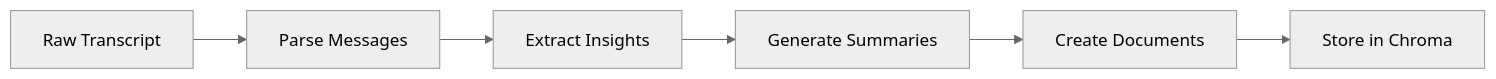
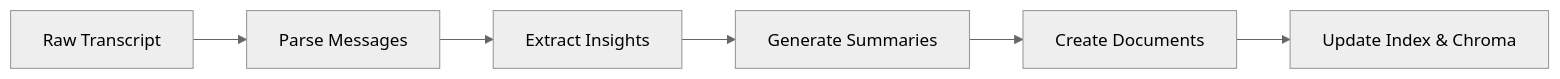
One commit to thedotmack/claude-mem-docs changed the diagram in concepts/memory-compression.mdx. Above: the diagram before and after it, drawn with Mermaid (neutral theme). The commit also changed other lines of this file and 5 other files, not shown here.

````diff
--- a/concepts/memory-compression.mdx
+++ b/concepts/memory-compression.mdx
@@ -10,8 +10,8 @@
 ```mermaid
 graph LR
     A[Raw Transcript] --> B[Parse Messages]
     B --> C[Extract Insights]
     C --> D[Generate Summaries]
     D --> E[Create Documents]
-    E --> F[Store in Chroma]
+    E --> F[Update Index & Chroma]
 ```
````
